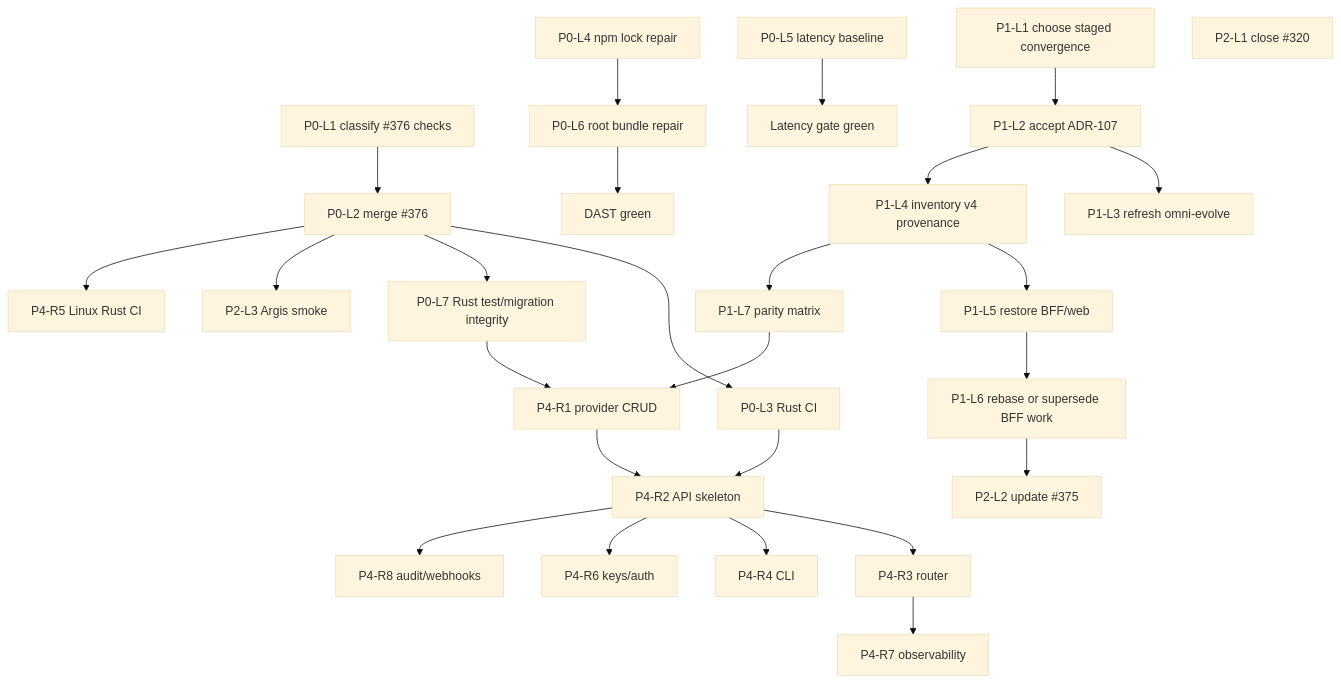
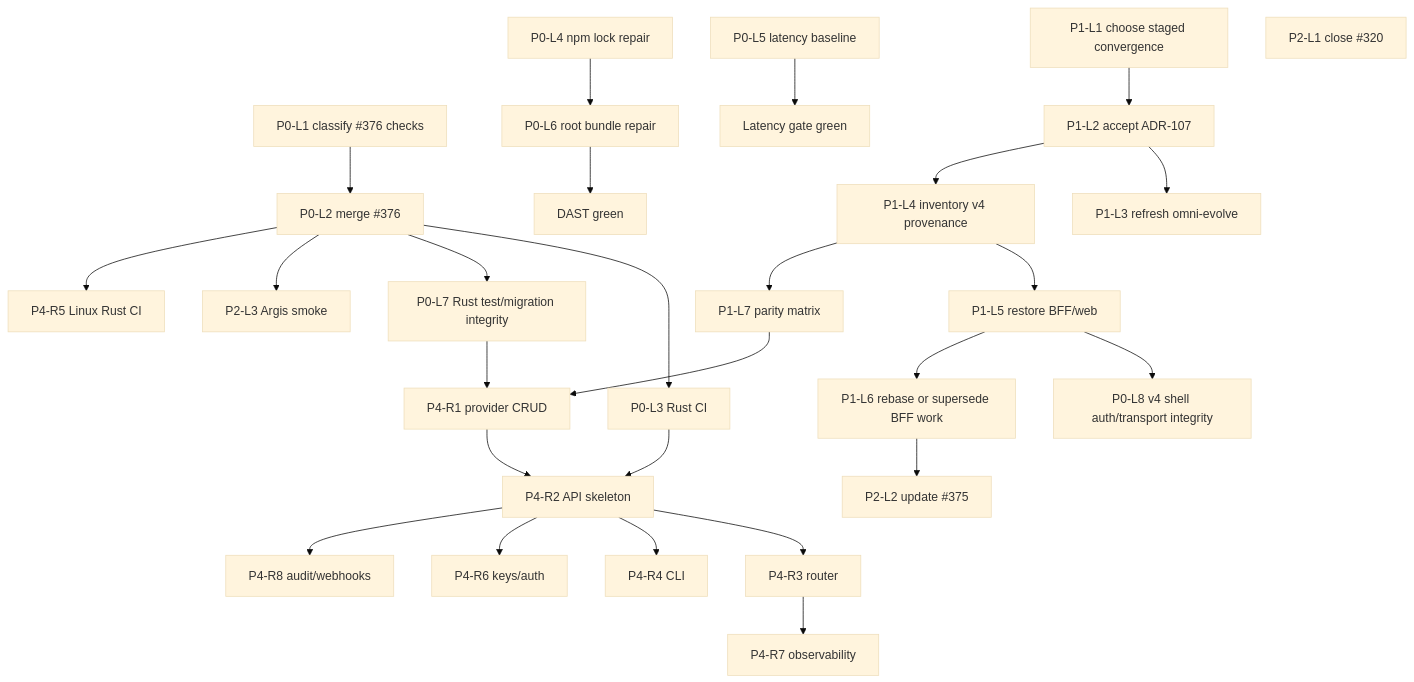
One commit to KooshaPari/OmniRoute changed the diagram in plans/2026-07-17-proc2-wbs-pert-dag.md. Above: the diagram before and after it, drawn with Mermaid (base theme). The commit also changed other lines of this file and 2 other files, not shown here.

Commit message:
docs(plan): add compatibility shell integrity gate

````diff
--- a/plans/2026-07-17-proc2-wbs-pert-dag.md
+++ b/plans/2026-07-17-proc2-wbs-pert-dag.md
@@ -82,32 +83,33 @@
 ```mermaid
 flowchart TD
   C376[P0-L1 classify #376 checks] --> M376[P0-L2 merge #376]
   M376 --> RCI[P0-L3 Rust CI]
   M376 --> RBASE[P0-L7 Rust test/migration integrity]
+  RESTORE --> SHELLFIX[P0-L8 v4 shell auth/transport integrity]
   M376 --> ARG[P2-L3 Argis smoke]
   NPM[P0-L4 npm lock repair] --> BUNDLE[P0-L6 root bundle repair]
   BUNDLE --> DAST[DAST green]
   LAT[P0-L5 latency baseline] --> REST[Latency gate green]
 
   DEC[P1-L1 choose staged convergence]
   DEC --> ADR[P1-L2 accept ADR-107]
   ADR --> DAG[P1-L3 refresh omni-evolve]
   ADR --> INV[P1-L4 inventory v4 provenance]
   INV --> RESTORE[P1-L5 restore BFF/web]
   RESTORE --> BFF[P1-L6 rebase or supersede BFF work]
   INV --> MATRIX[P1-L7 parity matrix]
 
   MATRIX --> CRUD[P4-R1 provider CRUD]
   RBASE --> CRUD
   RCI --> API[P4-R2 API skeleton]
   CRUD --> API
   API --> ROUTER[P4-R3 router]
   API --> CLI[P4-R4 CLI]
   M376 --> RUSTCI[P4-R5 Linux Rust CI]
   API --> AUTH[P4-R6 keys/auth]
   ROUTER --> OBS[P4-R7 observability]
   API --> AUDIT[P4-R8 audit/webhooks]
 
   CLOSE320[P2-L1 close #320]
   BFF --> NOTE375[P2-L2 update #375]
 ```
````
